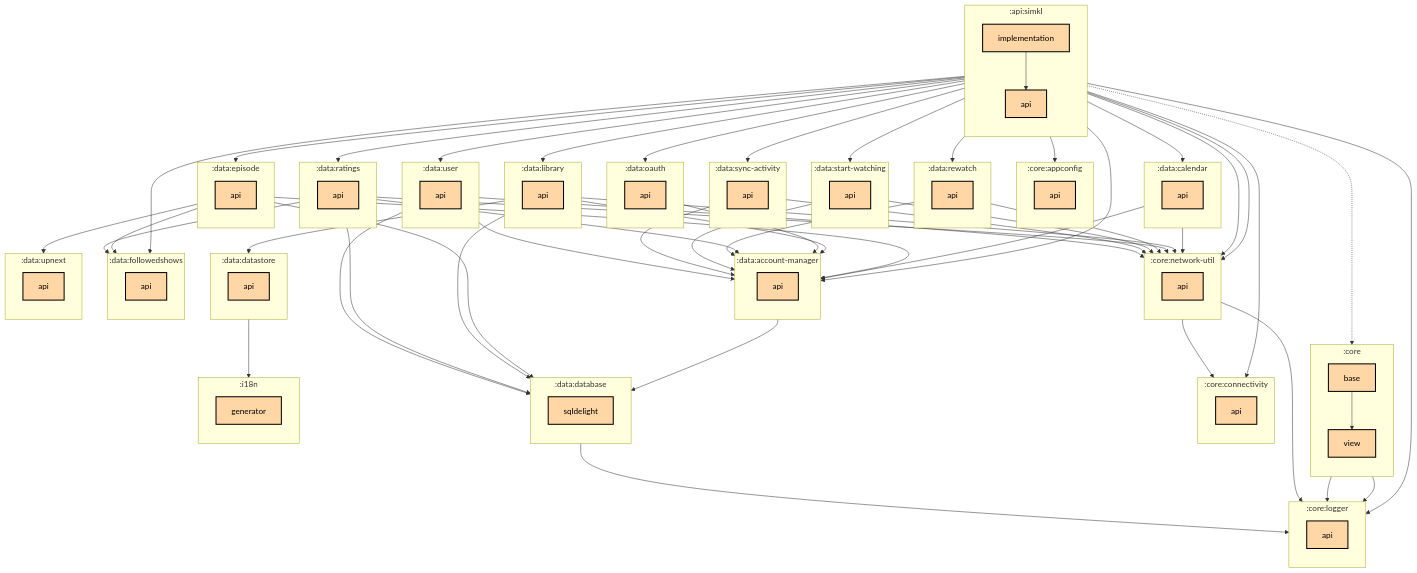
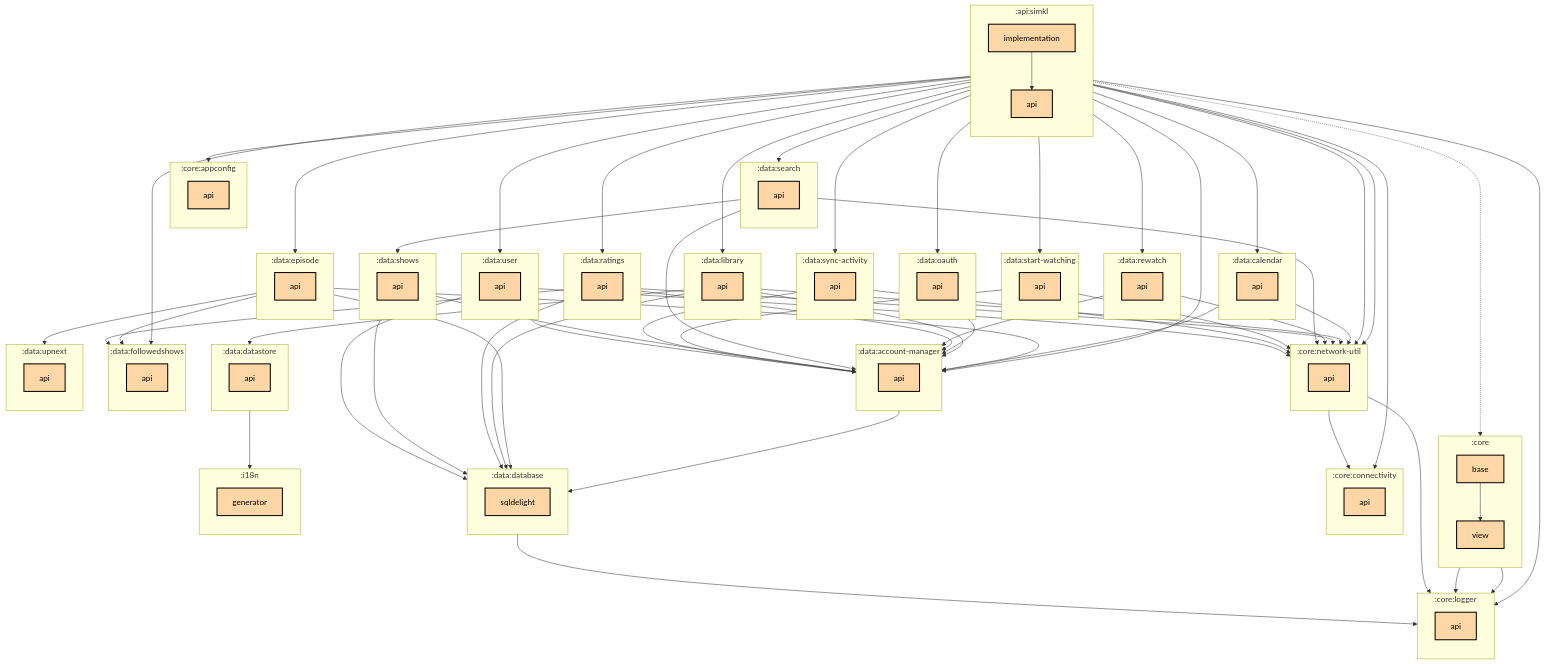
Before and after one commit to thomaskioko/tv-maniac: the first of 2 diagrams in api/simkl/implementation/README.md, drawn with Mermaid. The commit also changed 62 other files, not shown here.

```diff
--- a/api/simkl/implementation/README.md
+++ b/api/simkl/implementation/README.md
@@ -71,6 +71,14 @@
     direction TB
     :data:rewatch:api[api]:::multiplatform
   end
+  subgraph :data:search
+    direction TB
+    :data:search:api[api]:::multiplatform
+  end
+  subgraph :data:shows
+    direction TB
+    :data:shows:api[api]:::multiplatform
+  end
   subgraph :data:start-watching
     direction TB
     :data:start-watching:api[api]:::multiplatform
@@ -107,6 +115,7 @@
   :api:simkl:implementation --> :data:oauth:api
   :api:simkl:implementation --> :data:ratings:api
   :api:simkl:implementation --> :data:rewatch:api
+  :api:simkl:implementation --> :data:search:api
   :api:simkl:implementation --> :data:start-watching:api
   :api:simkl:implementation --> :data:sync-activity:api
   :api:simkl:implementation --> :data:user:api
@@ -135,6 +144,11 @@
   :data:ratings:api --> :data:followedshows:api
   :data:rewatch:api --> :core:network-util:api
   :data:rewatch:api --> :data:account-manager:api
+  :data:search:api --> :core:network-util:api
+  :data:search:api --> :data:account-manager:api
+  :data:search:api --> :data:shows:api
+  :data:shows:api --> :data:account-manager:api
+  :data:shows:api --> :data:database:sqldelight
   :data:start-watching:api --> :core:network-util:api
   :data:start-watching:api --> :data:account-manager:api
   :data:sync-activity:api --> :core:network-util:api
```
